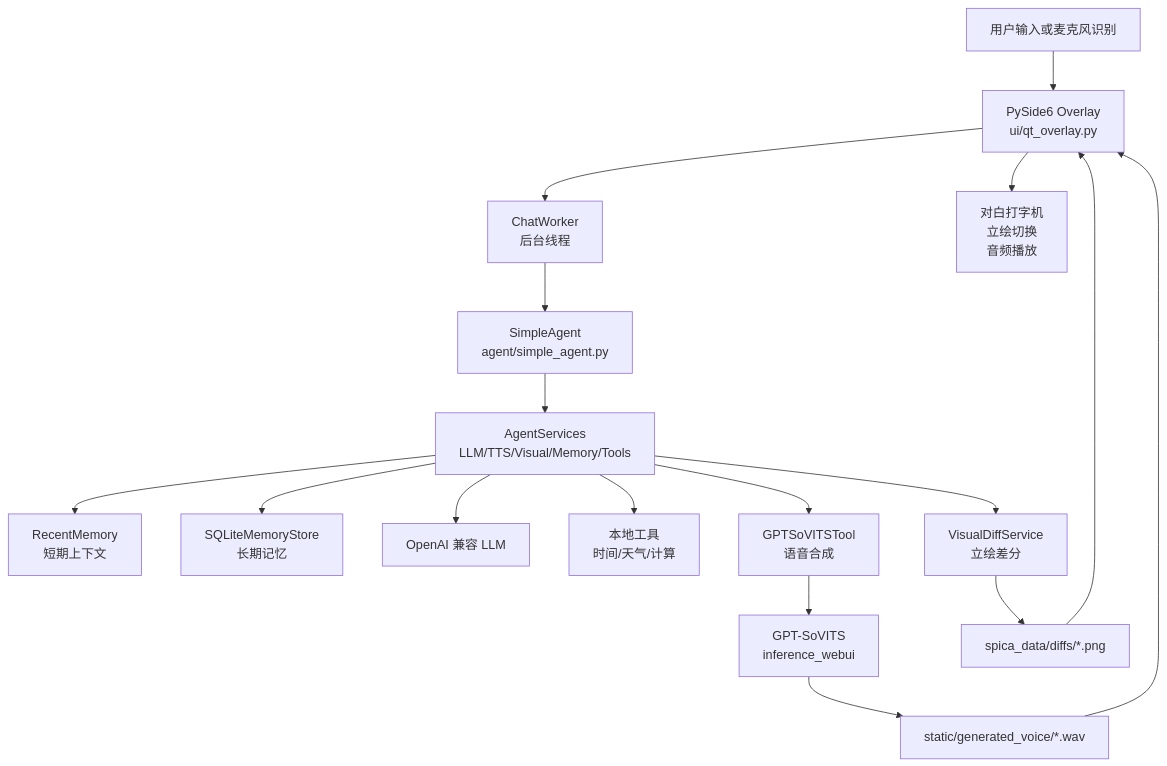
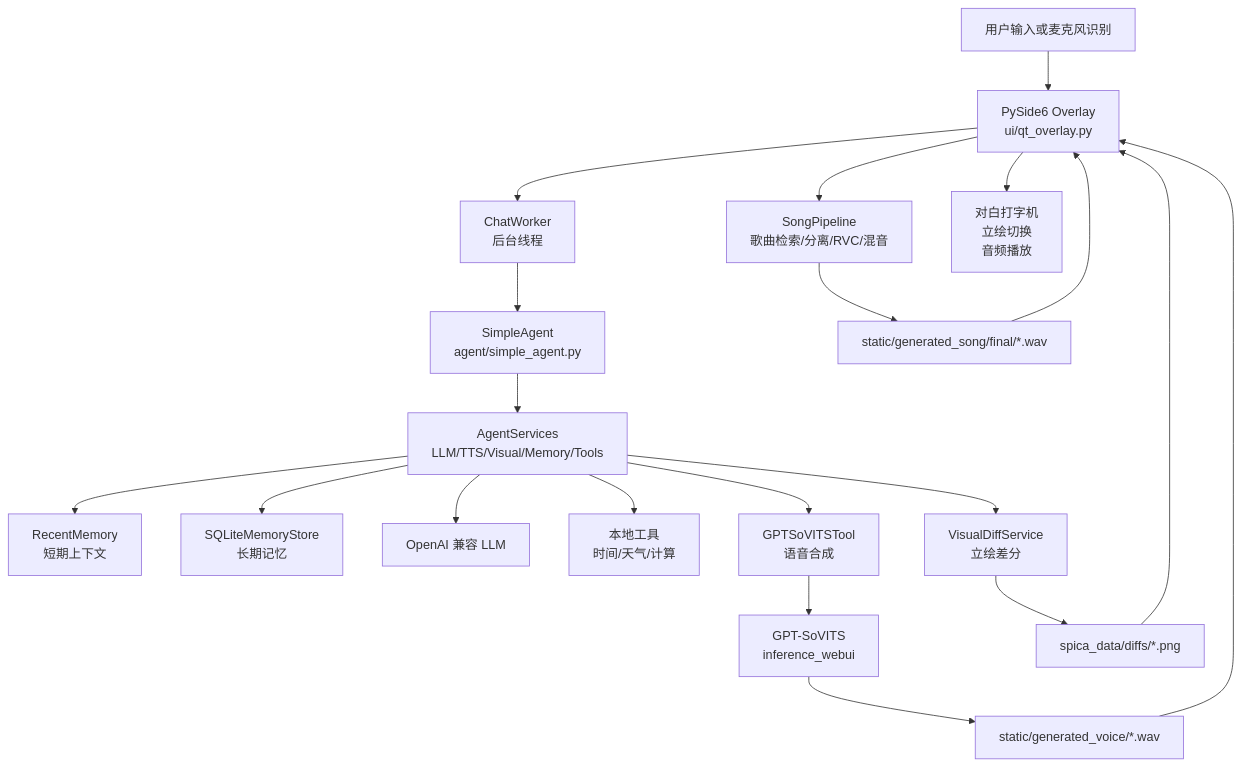
One commit to KASA2AI/Spica-Chatbot_Release changed the first of 5 diagrams in README.md. Above: the diagram before and after it, drawn with Mermaid. The commit also changed other lines of this file and 51 other files, not shown here.

````diff
--- a/README.md
+++ b/README.md
@@ -217,22 +251,25 @@
 ```mermaid
 flowchart TD
     U[用户输入或麦克风识别] --> UI[PySide6 Overlay<br/>ui/qt_overlay.py]
     UI --> CW[ChatWorker<br/>后台线程]
     CW --> AG[SimpleAgent<br/>agent/simple_agent.py]
     AG --> SVC[AgentServices<br/>LLM/TTS/Visual/Memory/Tools]
 
     SVC --> MEM1[RecentMemory<br/>短期上下文]
     SVC --> MEM2[SQLiteMemoryStore<br/>长期记忆]
     SVC --> LLM[OpenAI 兼容 LLM]
     SVC --> TOOL[本地工具<br/>时间/天气/计算]
     SVC --> VIS[VisualDiffService<br/>立绘差分]
     SVC --> TTS[GPTSoVITSTool<br/>语音合成]
+    UI --> SONG[SongPipeline<br/>歌曲检索/分离/RVC/混音]
 
     TTS --> GSV[GPT-SoVITS<br/>inference_webui]
     GSV --> WAV[static/generated_voice/*.wav]
     VIS --> IMG[spica_data/diffs/*.png]
+    SONG --> SONGWAV[static/generated_song/final/*.wav]
 
     WAV --> UI
+    SONGWAV --> UI
     IMG --> UI
     UI --> OUT[对白打字机<br/>立绘切换<br/>音频播放]
 ```
````
